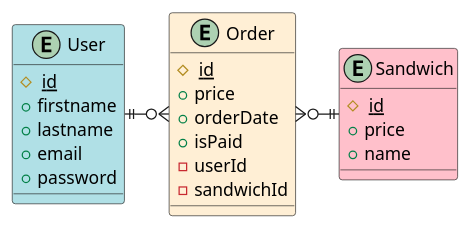
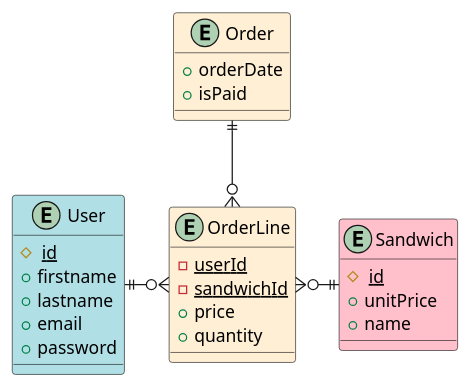
Before and after one commit to POManil/Luncheo: the diagram in database.plantuml, drawn with PlantUML. The commit also changed 3 other files, not shown here.

```diff
--- a/database.plantuml
+++ b/database.plantuml
@@ -1,29 +1,33 @@
 @startuml schemaEA
 
 Entity "User" as user #PowderBlue {
   #<u> id
   + firstname
   + lastname
   + email
   + password
 }
 
 Entity "Order" as order #PapayaWhip {
-  #<u> id
-  + price
   + orderDate
   + isPaid
-  - userId
-  - sandwichId
+}
+
+Entity "OrderLine" as orderLine #PapayaWhip {
+  - <u>userId
+  - <u>sandwichId
+  + price
+  + quantity
 }
 
 Entity "Sandwich" as sandwich #Pink {
   #<u> id
-  + price
+  + unitPrice
   + name
 }
 
-user ||-right-o{ order 
-sandwich ||-left-o{ order 
+user ||-right-o{ orderLine 
+sandwich ||-left-o{ orderLine
+order ||-down-o{ orderLine
 
 @enduml
```
